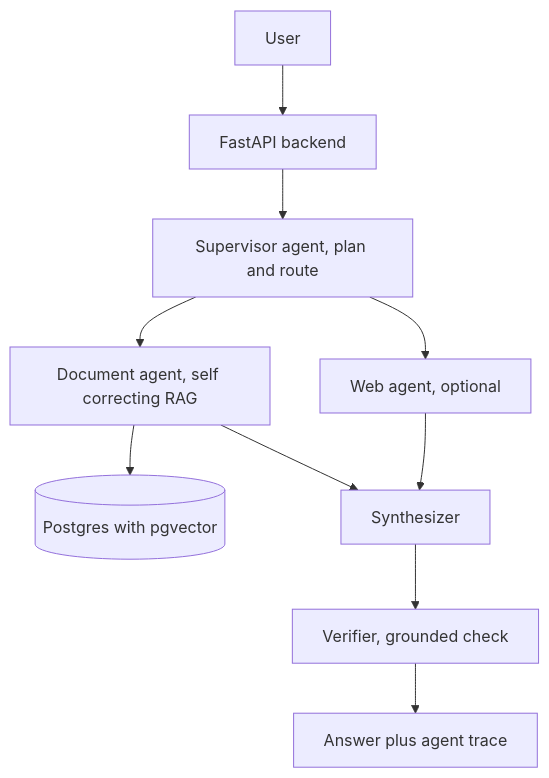
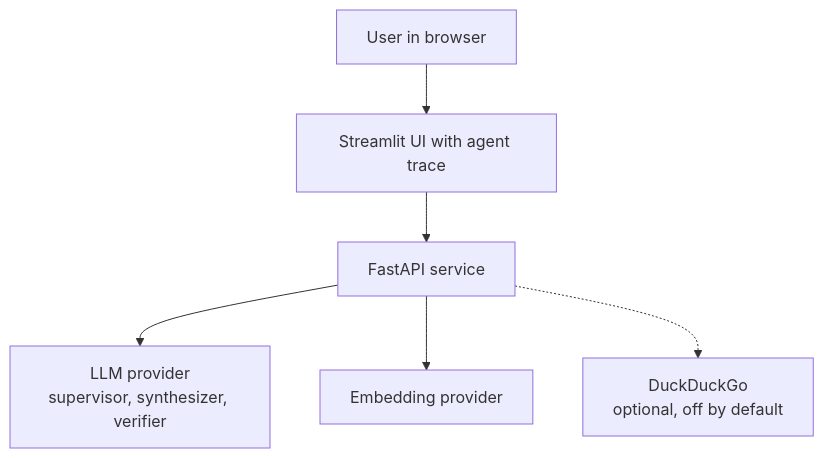
Before and after one commit to mlvpatel/rag-multiagent-2026: the first of 7 diagrams in README.md, drawn with Mermaid. The commit also changed other lines of this file, not shown here.

````diff
--- a/README.md
+++ b/README.md
@@ -29,12 +66,8 @@
 ```mermaid
 graph TD
-    User[User] --> API[FastAPI backend]
-    API --> Supervisor[Supervisor agent, plan and route]
-    Supervisor --> DocAgent[Document agent, self correcting RAG]
-    Supervisor --> WebAgent[Web agent, optional]
-    DocAgent --> PG[(Postgres with pgvector)]
-    DocAgent --> Synth[Synthesizer]
-    WebAgent --> Synth
-    Synth --> Verifier[Verifier, grounded check]
-    Verifier --> Answer[Answer plus agent trace]
+    U[User in browser] --> ST[Streamlit UI with agent trace]
+    ST --> API[FastAPI service]
+    API --> LLM[LLM provider<br>supervisor, synthesizer, verifier]
+    API --> EMB[Embedding provider]
+    API -.-> WEB[DuckDuckGo<br>optional, off by default]
 ```
````
